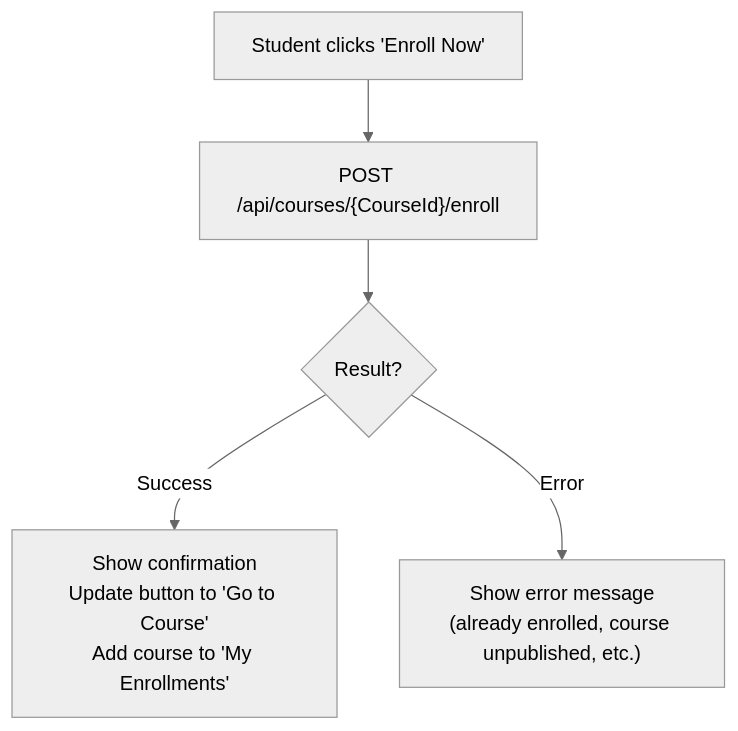
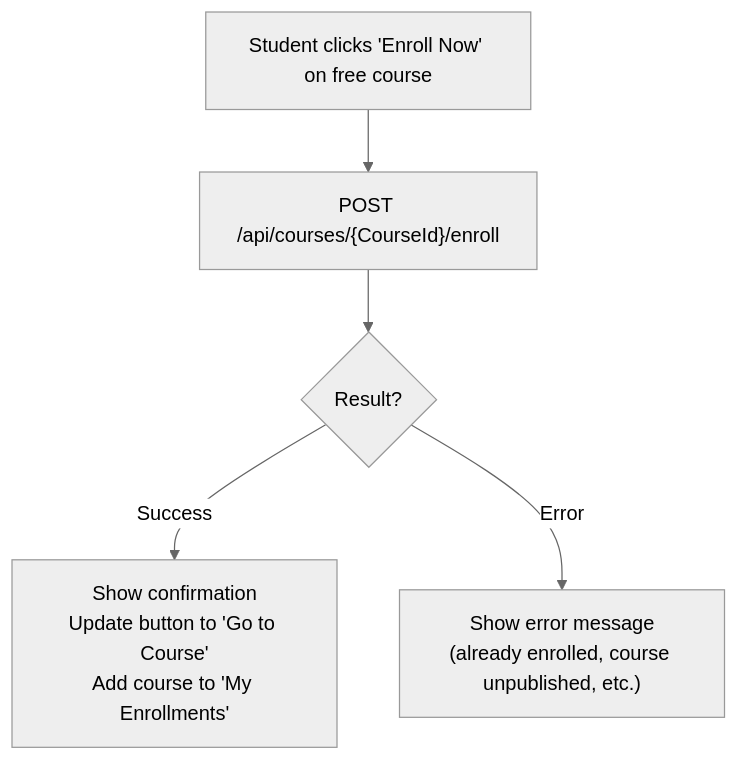
The eighth of 44 diagrams in docs/USER_JOURNEY.md (ahmedashraf0001/AI-Powered-Educational-Platform), drawn with Mermaid (neutral theme) before and after one commit. The commit also changed other lines of this file and 58 other files, not shown here.

````diff
--- a/docs/USER_JOURNEY.md
+++ b/docs/USER_JOURNEY.md
@@ -319,7 +351,7 @@
 ```mermaid
 flowchart TD
-    A["Student clicks 'Enroll Now'"] --> B["POST /api/courses/{CourseId}/enroll"]
+    A["Student clicks 'Enroll Now' on free course"] --> B["POST /api/courses/{CourseId}/enroll"]
     B --> C{Result?}
     C -->|Success| D["Show confirmation<br/>Update button to 'Go to Course'<br/>Add course to 'My Enrollments'"]
     C -->|Error| E["Show error message<br/>(already enrolled, course unpublished, etc.)"]
 ```
````
